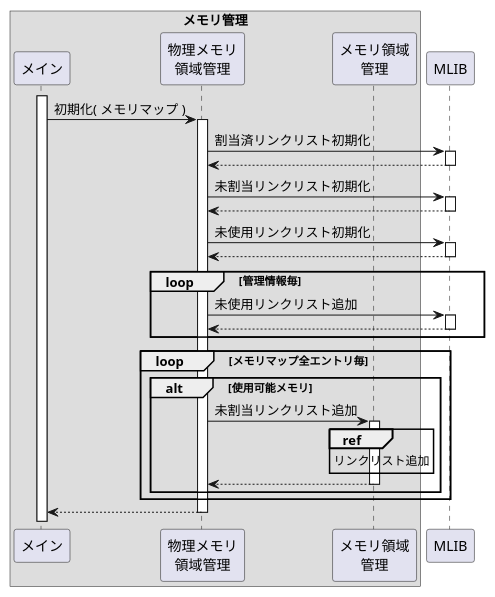
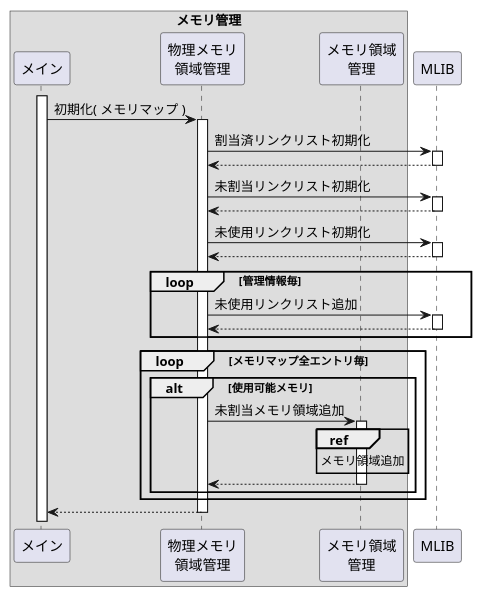
Before and after one commit to MasterMochi/MochiKernel: the diagram in docs/docs/internal/Memmng/Phys/init.puml, drawn with PlantUML. The commit also changed 33 other files, not shown here.

```diff
--- a/docs/docs/internal/Memmng/Phys/init.puml
+++ b/docs/docs/internal/Memmng/Phys/init.puml
@@ -1,52 +1,52 @@
 @startuml
 
 box "メモリ管理"
     participant "メイン"               as main
     participant "物理メモリ\n領域管理" as phys
     participant "メモリ領域\n管理"     as area
 end box
 participant "MLIB" as mlib
 
 activate main
 
 main -> phys: 初期化( メモリマップ )
 activate phys
 
 phys -> mlib: 割当済リンクリスト初期化
 activate mlib
 phys <-- mlib:
 deactivate mlib
 
 phys -> mlib: 未割当リンクリスト初期化
 activate mlib
 phys <-- mlib:
 deactivate mlib
 
 phys -> mlib: 未使用リンクリスト初期化
 activate mlib
 phys <-- mlib:
 deactivate mlib
 
 loop 管理情報毎
     phys -> mlib: 未使用リンクリスト追加
     activate mlib
     phys <-- mlib:
     deactivate mlib
 end loop
 
 loop メモリマップ全エントリ毎
     alt 使用可能メモリ
 
-        phys -> area: 未割当リンクリスト追加
+        phys -> area: 未割当メモリ領域追加
         activate area
-        ref over area: リンクリスト追加
+        ref over area: メモリ領域追加
         phys <-- area:
         deactivate area
 
     end alt
 end loop
 
 main <-- phys:
 deactivate phys
 
 @enduml
```
